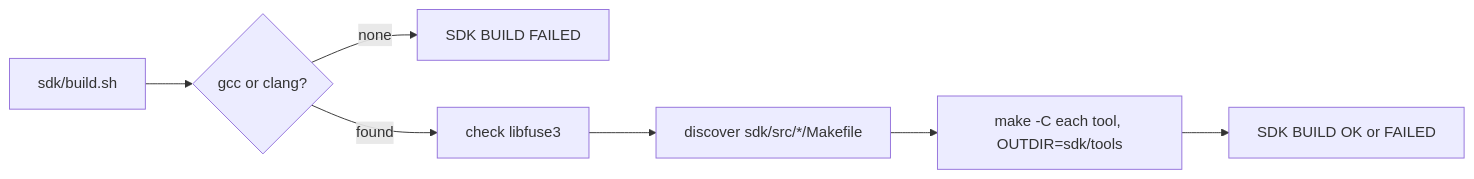
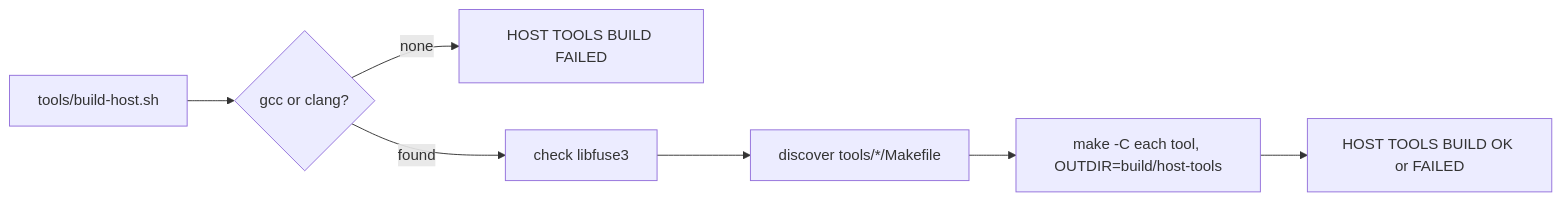
Before and after one commit to rizonesoft/impossible-os: the diagram in docs/host-tools/sdk-build-system.md, drawn with Mermaid. The commit also changed other lines of this file and 58 other files, not shown here.

First line of the commit message:
tools: the host tools leave sdk/ for tools/, and the app kit is removed

````diff
--- a/docs/host-tools/sdk-build-system.md
+++ b/docs/host-tools/sdk-build-system.md
@@ -17,9 +17,9 @@
 ```mermaid
 flowchart LR
-    A[sdk/build.sh] --> B{gcc or clang?}
-    B -- none --> F[SDK BUILD FAILED]
+    A[tools/build-host.sh] --> B{gcc or clang?}
+    B -- none --> F[HOST TOOLS BUILD FAILED]
     B -- found --> C[check libfuse3]
-    C --> D["discover sdk/src/*/Makefile"]
-    D --> E["make -C each tool, OUTDIR=sdk/tools"]
-    E --> G[SDK BUILD OK or FAILED]
+    C --> D["discover tools/*/Makefile"]
+    D --> E["make -C each tool, OUTDIR=build/host-tools"]
+    E --> G[HOST TOOLS BUILD OK or FAILED]
 ```
````
